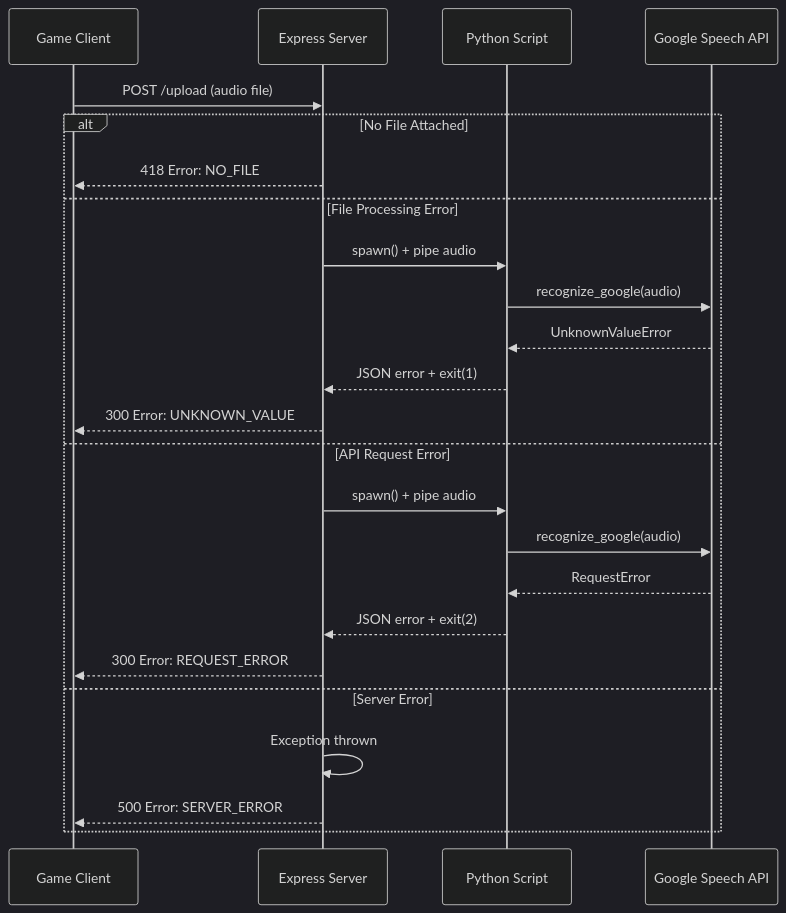
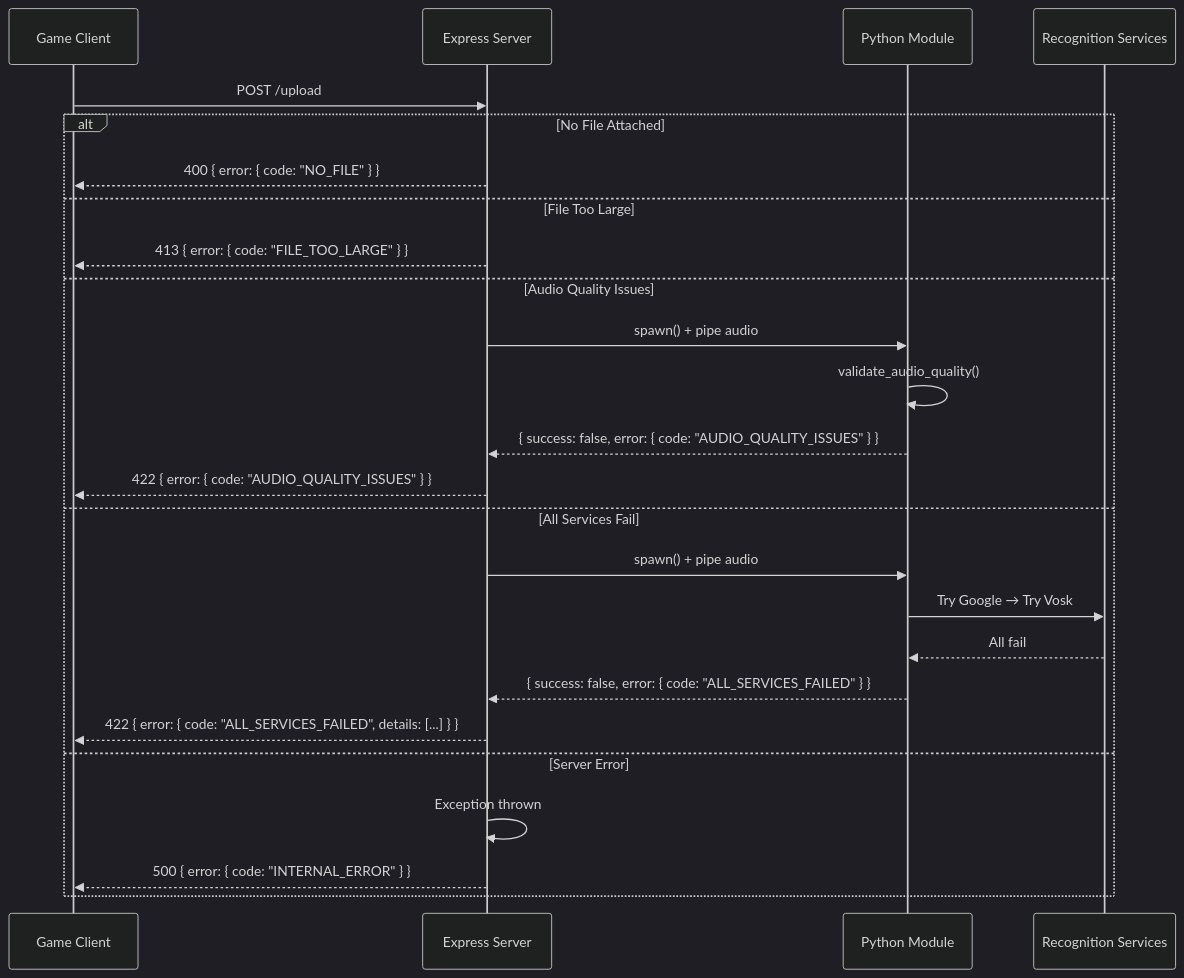
Before and after one commit to Capstone-Projects-2025-Fall/project-002-aac-api: the second of 7 diagrams in documentation/docs/system-architecture/design.md, drawn with Mermaid (dark theme). The commit also changed other lines of this file, not shown here.

First line of the commit message:
updated design architecture

````diff
--- a/documentation/docs/system-architecture/design.md
+++ b/documentation/docs/system-architecture/design.md
@@ -251,28 +420,33 @@
 ```mermaid
 sequenceDiagram
     participant Client as Game Client
     participant Express as Express Server
-    participant Python as Python Script
-    participant Google as Google Speech API
+    participant Python as Python Module
+    participant Services as Recognition Services
     
-    Client->>Express: POST /upload (audio file)
+    Client->>Express: POST /upload
     
     alt No File Attached
-        Express-->>Client: 418 Error: NO_FILE
-    else File Processing Error
+        Express-->>Client: 400 { error: { code: "NO_FILE" } }
+    
+    else File Too Large
+        Express-->>Client: 413 { error: { code: "FILE_TOO_LARGE" } }
+    
+    else Audio Quality Issues
         Express->>Python: spawn() + pipe audio
-        Python->>Google: recognize_google(audio)
-        Google-->>Python: UnknownValueError
-        Python-->>Express: JSON error + exit(1)
-        Express-->>Client: 300 Error: UNKNOWN_VALUE
-    else API Request Error
+        Python->>Python: validate_audio_quality()
+        Python-->>Express: { success: false, error: { code: "AUDIO_QUALITY_ISSUES" } }
+        Express-->>Client: 422 { error: { code: "AUDIO_QUALITY_ISSUES" } }
+    
+    else All Services Fail
         Express->>Python: spawn() + pipe audio
-        Python->>Google: recognize_google(audio)
-        Google-->>Python: RequestError
-        Python-->>Express: JSON error + exit(2)
-        Express-->>Client: 300 Error: REQUEST_ERROR
+        Python->>Services: Try Google → Try Vosk
+        Services-->>Python: All fail
+        Python-->>Express: { success: false, error: { code: "ALL_SERVICES_FAILED" } }
+        Express-->>Client: 422 { error: { code: "ALL_SERVICES_FAILED", details: [...] } }
+    
     else Server Error
         Express->>Express: Exception thrown
-        Express-->>Client: 500 Error: SERVER_ERROR
+        Express-->>Client: 500 { error: { code: "INTERNAL_ERROR" } }
     end
 ```
````
